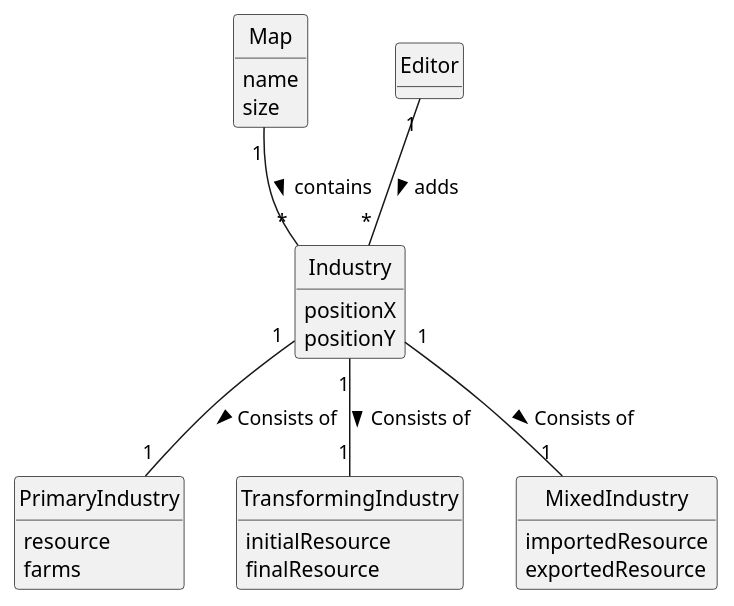
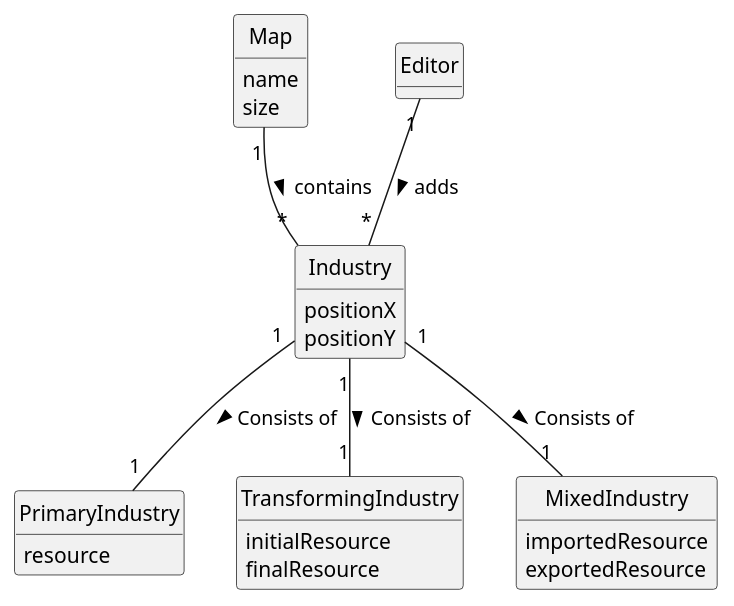
One commit to bruno-monteiro5/sem2-pi-24.25-g132-repo changed the diagram in docs/system-documentation/US002/02.analysis/puml/US002-DM.puml. Above: the diagram before and after it, drawn with PlantUML. The commit also changed 6 other files, not shown here.

```diff
--- a/docs/system-documentation/US002/02.analysis/puml/US002-DM.puml
+++ b/docs/system-documentation/US002/02.analysis/puml/US002-DM.puml
@@ -1,52 +1,51 @@
 @startuml
 skinparam monochrome true
 skinparam packageStyle rectangle
 skinparam shadowing false
 
 'left to right direction
 
 skinparam classAttributeIconSize 0
 
 hide circle
 hide methods
 
 'title Domain Model
 
 class Map {
     name
     size
 }
 
 class Industry {
     positionX
     positionY
 }
 
 class PrimaryIndustry {
     resource
-    farms
 }
 
 class TransformingIndustry {
     initialResource
     finalResource
 }
 
 class MixedIndustry {
     importedResource
     exportedResource
 }
 
 class Editor {
 }
 
 
 Editor "1" -- "*" Industry: adds >
 
 Map "1" -- "*" Industry : contains >
 Industry "1" -- "1" PrimaryIndustry : Consists of >
 Industry "1" -- "1" TransformingIndustry : Consists of >
 Industry "1" -- "1" MixedIndustry : Consists of >
 
 
 @enduml
```
